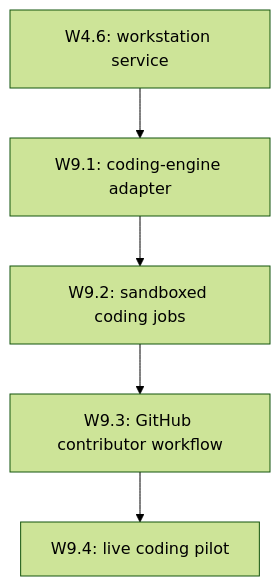
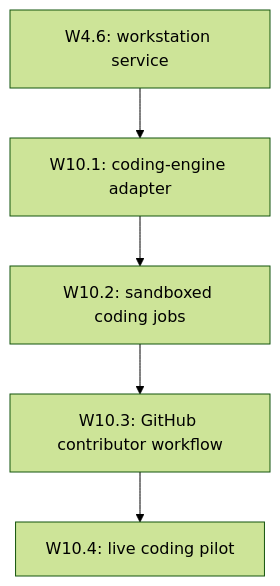
One commit to ChrisHartline/Lyra changed the tenth of 11 diagrams in docs/lyra_build_plan.md. Above: the diagram before and after it, drawn with Mermaid (forest theme). The commit also changed other lines of this file and 2 other files, not shown here.

Commit message:
Roadmap: add personality and embodiment wave

````diff
--- a/docs/lyra_build_plan.md
+++ b/docs/lyra_build_plan.md
@@ -386,11 +439,11 @@
 ```mermaid
 graph TD
-    W91[W9.1: coding-engine adapter]
-    W92[W9.2: sandboxed coding jobs]
-    W93[W9.3: GitHub contributor workflow]
-    W94[W9.4: live coding pilot]
-    W46[W4.6: workstation service] --> W91
-    W91 --> W92
-    W92 --> W93
-    W93 --> W94
+    W101[W10.1: coding-engine adapter]
+    W102[W10.2: sandboxed coding jobs]
+    W103[W10.3: GitHub contributor workflow]
+    W104[W10.4: live coding pilot]
+    W46[W4.6: workstation service] --> W101
+    W101 --> W102
+    W102 --> W103
+    W103 --> W104
 ```
````
